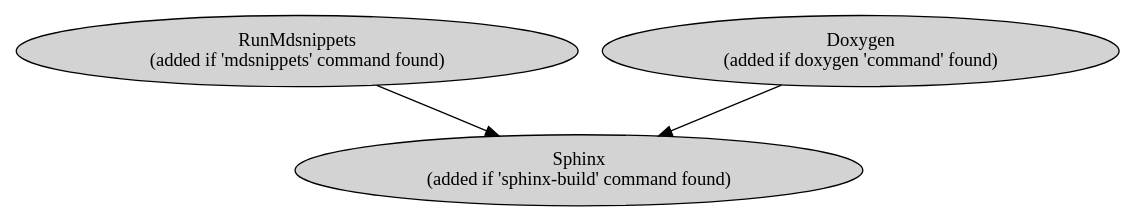
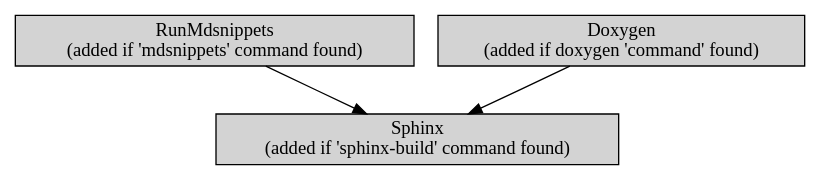
One commit to approvals/ApprovalTests.cpp changed the diagram in doc/images/source/cmake_documentation_targets.dot. Above: the diagram before and after it, drawn with Graphviz. The commit also changed 1 other file, not shown here.

```diff
--- a/doc/images/source/cmake_documentation_targets.dot
+++ b/doc/images/source/cmake_documentation_targets.dot
@@ -1,13 +1,13 @@
 digraph doxygen_flow {
     rankdir = "TB"
     node [fontsize = 14, shape = box, height = 0.25]
     edge [fontsize = 14]
 
-    "mdsnippets" [label = "RunMdsnippets\n(added if 'mdsnippets' command found)", shape = oval, fillcolor = lightgray, style = filled]
-    "doxygen" [label = "Doxygen\n(added if doxygen 'command' found)", shape = oval, fillcolor = lightgray, style = filled]
-    "sphinx" [label = "Sphinx\n(added if 'sphinx-build' command found)", shape = oval, fillcolor = lightgray, style = filled]
+    "mdsnippets" [label = "RunMdsnippets\n(added if 'mdsnippets' command found)", fillcolor = lightgray, style = filled]
+    "doxygen" [label = "Doxygen\n(added if doxygen 'command' found)", fillcolor = lightgray, style = filled]
+    "sphinx" [label = "Sphinx\n(added if 'sphinx-build' command found)", fillcolor = lightgray, style = filled]
 
     "mdsnippets" -> "sphinx"
     "doxygen" -> "sphinx"
 
 }
```
